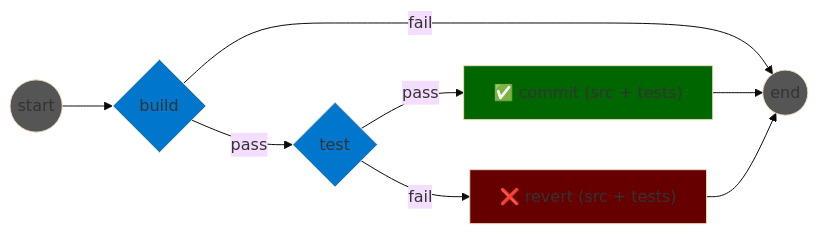
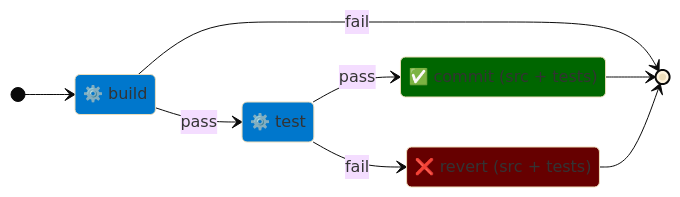
One commit to murex/TCR changed the diagram in variants-doc/variant-btcr.mermaid. Above: the diagram before and after it, drawn with Mermaid (base theme). The commit also changed 2 other files, not shown here.

Commit message:
[#674] Change mermaid diagrams to state diagrams instead of graphs

```diff
--- a/variants-doc/variant-btcr.mermaid
+++ b/variants-doc/variant-btcr.mermaid
@@ -1,25 +1,20 @@
-graph LR
-    START((start))
-    BUILD{build}
-    TEST{test}
-    COMMIT["✅ commit (src + tests)"]
-    REVERT["❌ revert (src + tests)"]
-    END((end))
-    START --> BUILD
-    BUILD -->|pass| TEST
-    BUILD -->|fail| END
-    TEST -->|pass| COMMIT
-    TEST -->|fail| REVERT
-    COMMIT --> END
-    REVERT --> END
-    classDef boundaryclass fill: #555555
-    classDef buildclass fill: #0077CC
-    classDef testclass fill: #0077CC
-    classDef okclass fill: #006600
-    classDef failclass fill: #660000
-    class START boundaryclass
-    class BUILD buildclass
-    class TEST testclass
-    class COMMIT okclass
-    class REVERT failclass
-    class END boundaryclass
+stateDiagram-v2
+    direction LR
+    state "⚙️ build" as Build
+    state "⚙️ test" as Test
+    state "✅ commit (src + tests)" as Commit
+    state "❌ revert (src + tests)" as Revert
+    [*] --> Build
+    Build --> Test: pass
+    Build --> [*]: fail
+    Test --> Commit: pass
+    Test --> Revert: fail
+    Commit --> [*]
+    Revert --> [*]
+    classDef actionClass fill: #0077CC
+    classDef okClass fill: #006600
+    classDef failClass fill: #660000
+    class Build actionClass
+    class Test actionClass
+    class Commit okClass
+    class Revert failClass
```
